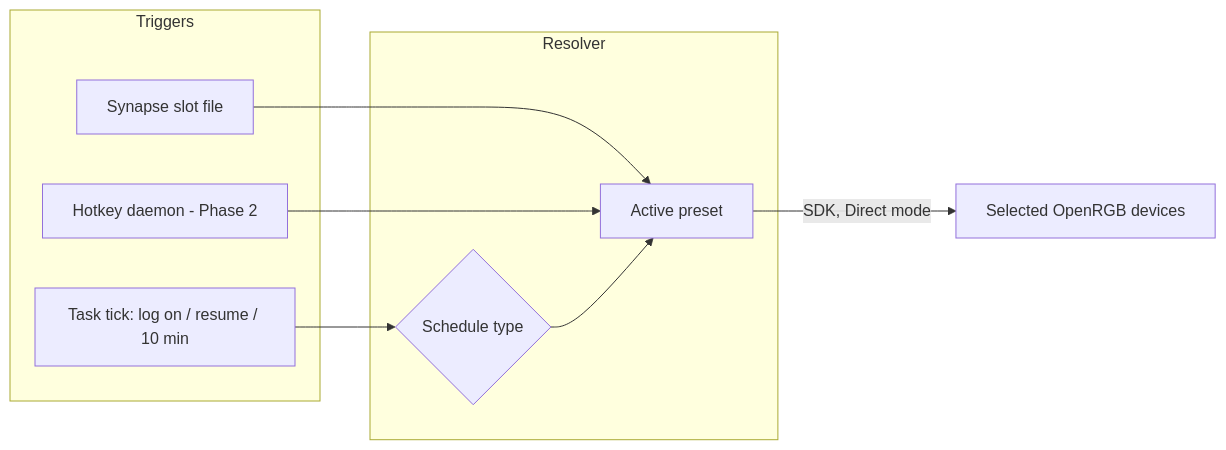
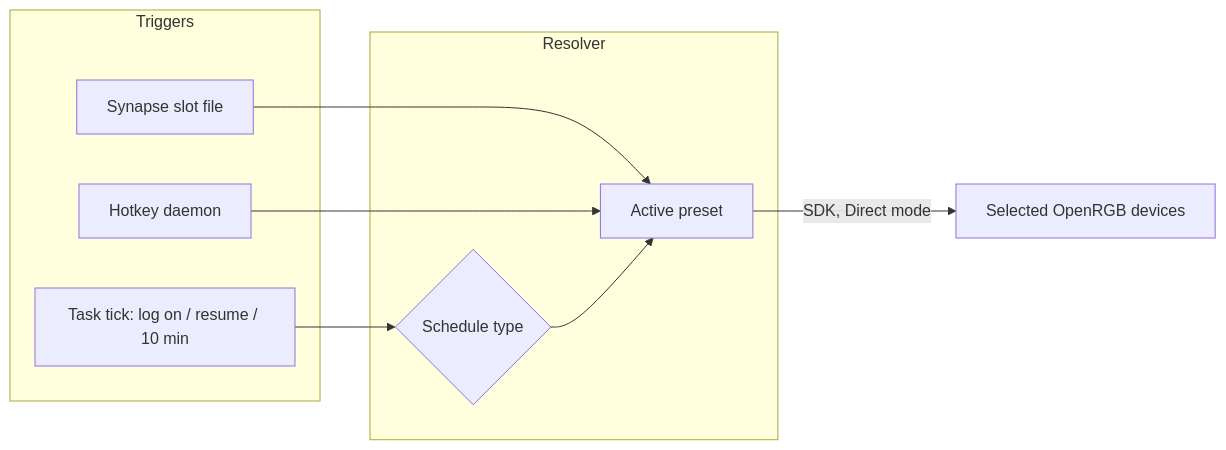
Before and after one commit to UVuruna/Ultra-Vivid: the diagram in README.md, drawn with Mermaid. The commit also changed other lines of this file and 53 other files, not shown here.

````diff
--- a/README.md
+++ b/README.md
@@ -25,20 +25,20 @@
 ```mermaid
 %%{init: {'flowchart': {'subGraphTitleMargin': {'top': 0, 'bottom': 35}}}}%%
 flowchart LR
     subgraph TRIGGERS["Triggers"]
         A[Task tick: log on / resume / 10 min]
         B[Synapse slot file]
-        C[Hotkey daemon - Phase 2]
+        C[Hotkey daemon]
     end
 
     subgraph ENGINE["Resolver"]
         D{Schedule type}
         E[Active preset]
     end
 
     A --> D
     B --> E
     C --> E
     D --> E
     E -->|SDK, Direct mode| F[Selected OpenRGB devices]
 ```
````
